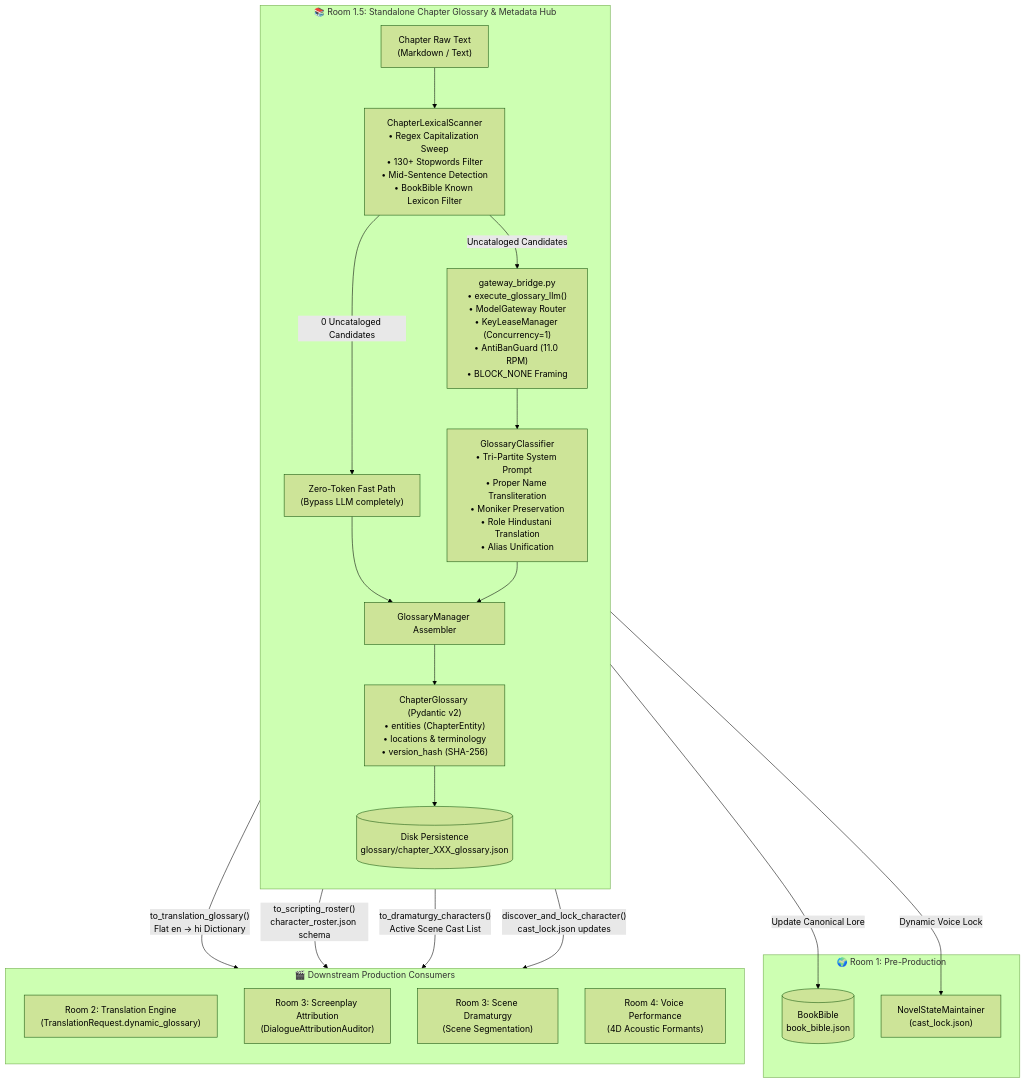
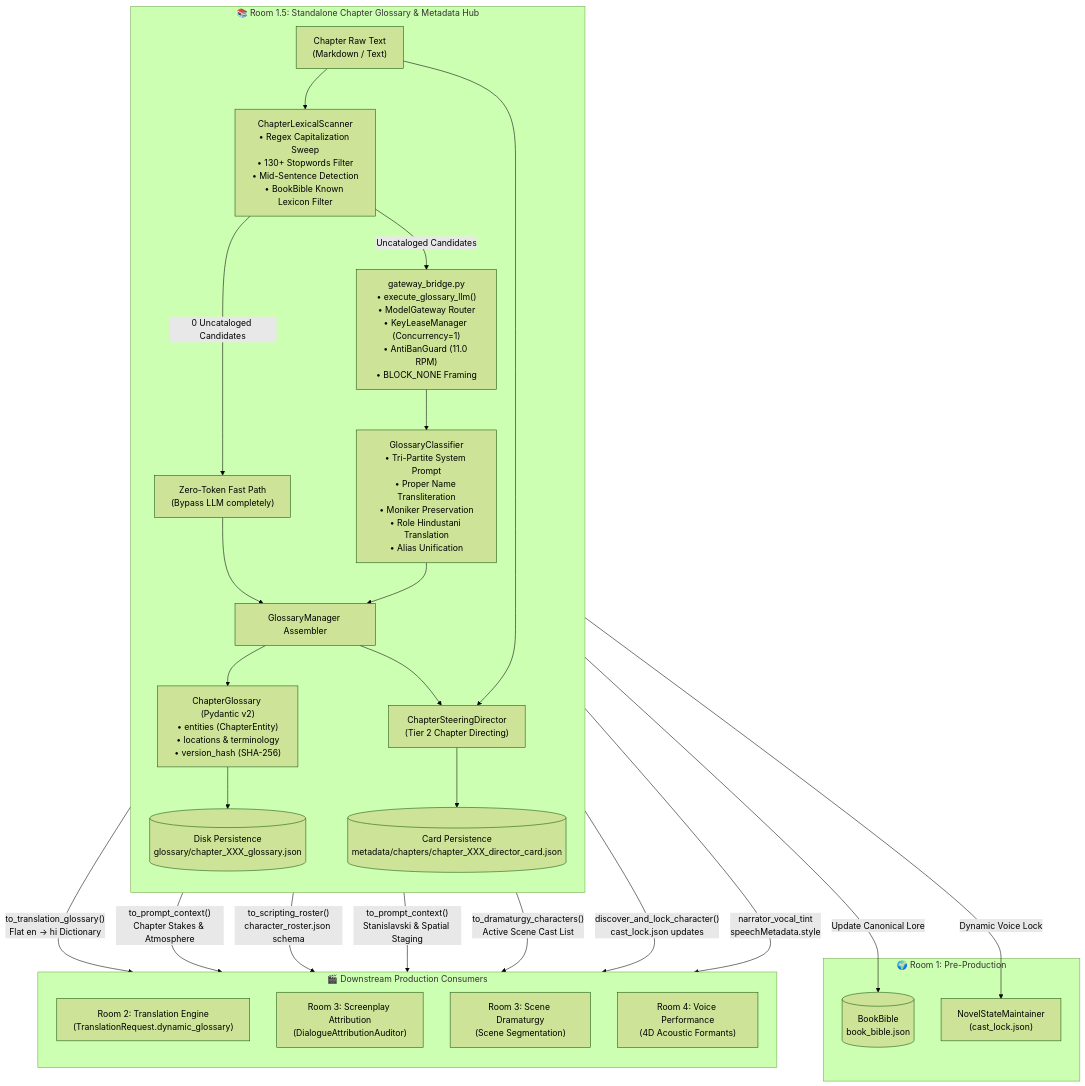
The first of 2 diagrams in docs/GLOSSARY_AND_METADATA_SUBSYSTEM.md (naksh-07/audiobook-studio), drawn with Mermaid (forest theme) before and after one commit. The commit also changed other lines of this file and 34 other files, not shown here.

````diff
--- a/docs/GLOSSARY_AND_METADATA_SUBSYSTEM.md
+++ b/docs/GLOSSARY_AND_METADATA_SUBSYSTEM.md
@@ -89,35 +89,40 @@
 ```mermaid
 flowchart TD
     subgraph Room1["🌍 Room 1: Pre-Production"]
         BB[("BookBible<br/>book_bible.json")]
         NSM["NovelStateMaintainer<br/>(cast_lock.json)"]
     end
 
     subgraph Room1_5["📚 Room 1.5: Standalone Chapter Glossary & Metadata Hub"]
         direction TB
         RawChap["Chapter Raw Text<br/>(Markdown / Text)"] --> Scanner["ChapterLexicalScanner<br/>• Regex Capitalization Sweep<br/>• 130+ Stopwords Filter<br/>• Mid-Sentence Detection<br/>• BookBible Known Lexicon Filter"]
         
         Scanner -->|"0 Uncataloged Candidates"| FastPath["Zero-Token Fast Path<br/>(Bypass LLM completely)"]
         Scanner -->|"Uncataloged Candidates"| Bridge["gateway_bridge.py<br/>• execute_glossary_llm()<br/>• ModelGateway Router<br/>• KeyLeaseManager (Concurrency=1)<br/>• AntiBanGuard (11.0 RPM)<br/>• BLOCK_NONE Framing"]
         
         Bridge --> Classifier["GlossaryClassifier<br/>• Tri-Partite System Prompt<br/>• Proper Name Transliteration<br/>• Moniker Preservation<br/>• Role Hindustani Translation<br/>• Alias Unification"]
         
         FastPath --> Assembler["GlossaryManager Assembler"]
         Classifier --> Assembler
         
         Assembler -->|"Update Canonical Lore"| BB
         Assembler -->|"Dynamic Voice Lock"| NSM
         
         Assembler --> ChapGlossary["ChapterGlossary (Pydantic v2)<br/>• entities (ChapterEntity)<br/>• locations & terminology<br/>• version_hash (SHA-256)"]
         
         ChapGlossary --> DiskArtifact[("Disk Persistence<br/>glossary/chapter_XXX_glossary.json")]
+        RawChap & Assembler --> SteeringDir["ChapterSteeringDirector<br/>(Tier 2 Chapter Directing)"]
+        SteeringDir --> CardArtifact[("Card Persistence<br/>metadata/chapters/chapter_XXX_director_card.json")]
     end
 
     subgraph Downstream["🎬 Downstream Production Consumers"]
         direction TB
         ChapGlossary -->|"to_translation_glossary()<br/>Flat en -> hi Dictionary"| R2["Room 2: Translation Engine<br/>(TranslationRequest.dynamic_glossary)"]
+        CardArtifact -->|"to_prompt_context()<br/>Chapter Stakes & Atmosphere"| R2
         ChapGlossary -->|"to_scripting_roster()<br/>character_roster.json schema"| R3_A["Room 3: Screenplay Attribution<br/>(DialogueAttributionAuditor)"]
+        CardArtifact -->|"to_prompt_context()<br/>Stanislavski & Spatial Staging"| R3_A
         ChapGlossary -->|"to_dramaturgy_characters()<br/>Active Scene Cast List"| R3_B["Room 3: Scene Dramaturgy<br/>(Scene Segmentation)"]
         ChapGlossary -->|"discover_and_lock_character()<br/>cast_lock.json updates"| R4["Room 4: Voice Performance<br/>(4D Acoustic Formants)"]
+        CardArtifact -->|"narrator_vocal_tint<br/>speechMetadata.style"| R4
     end
 ```
````
